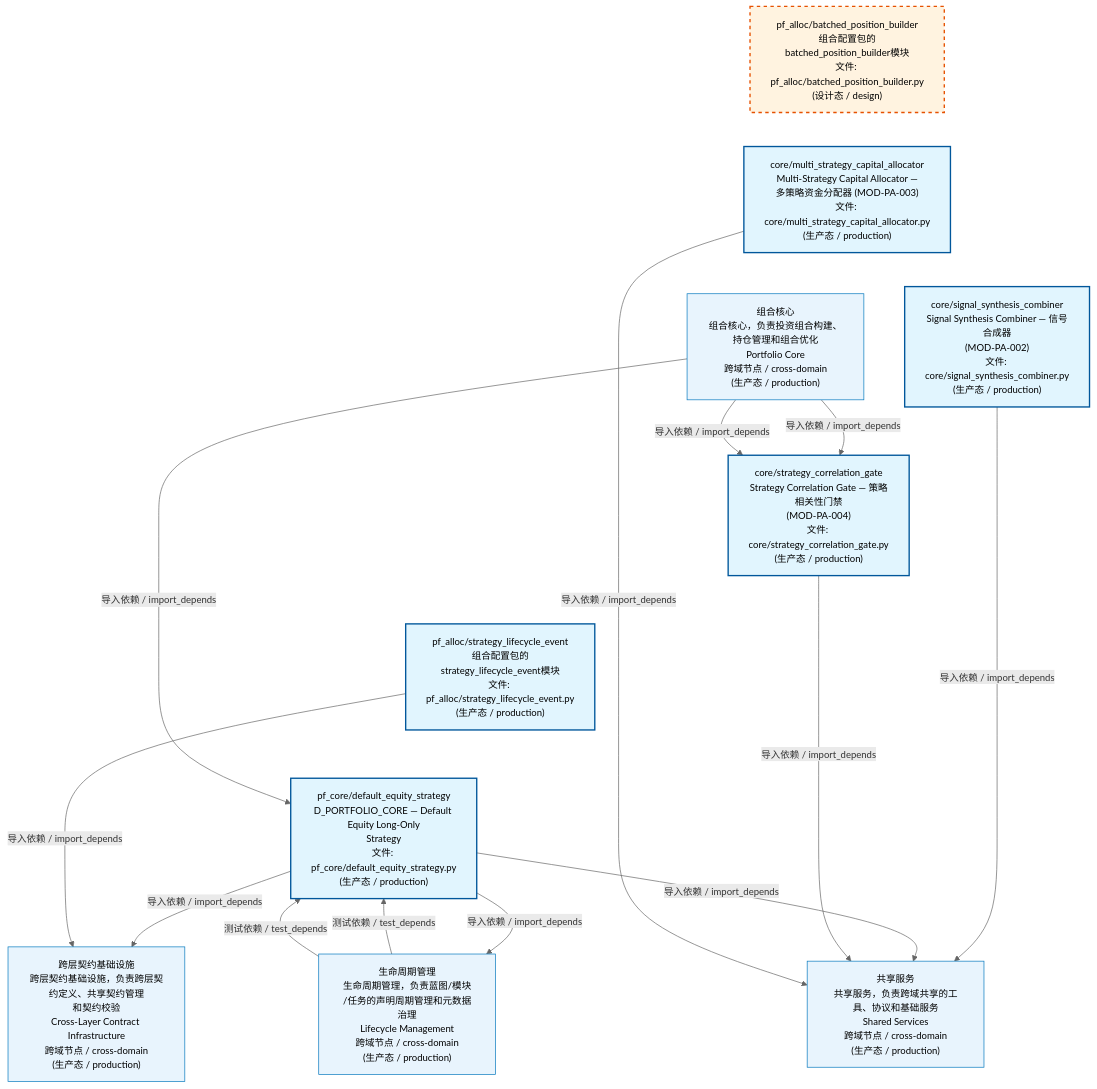
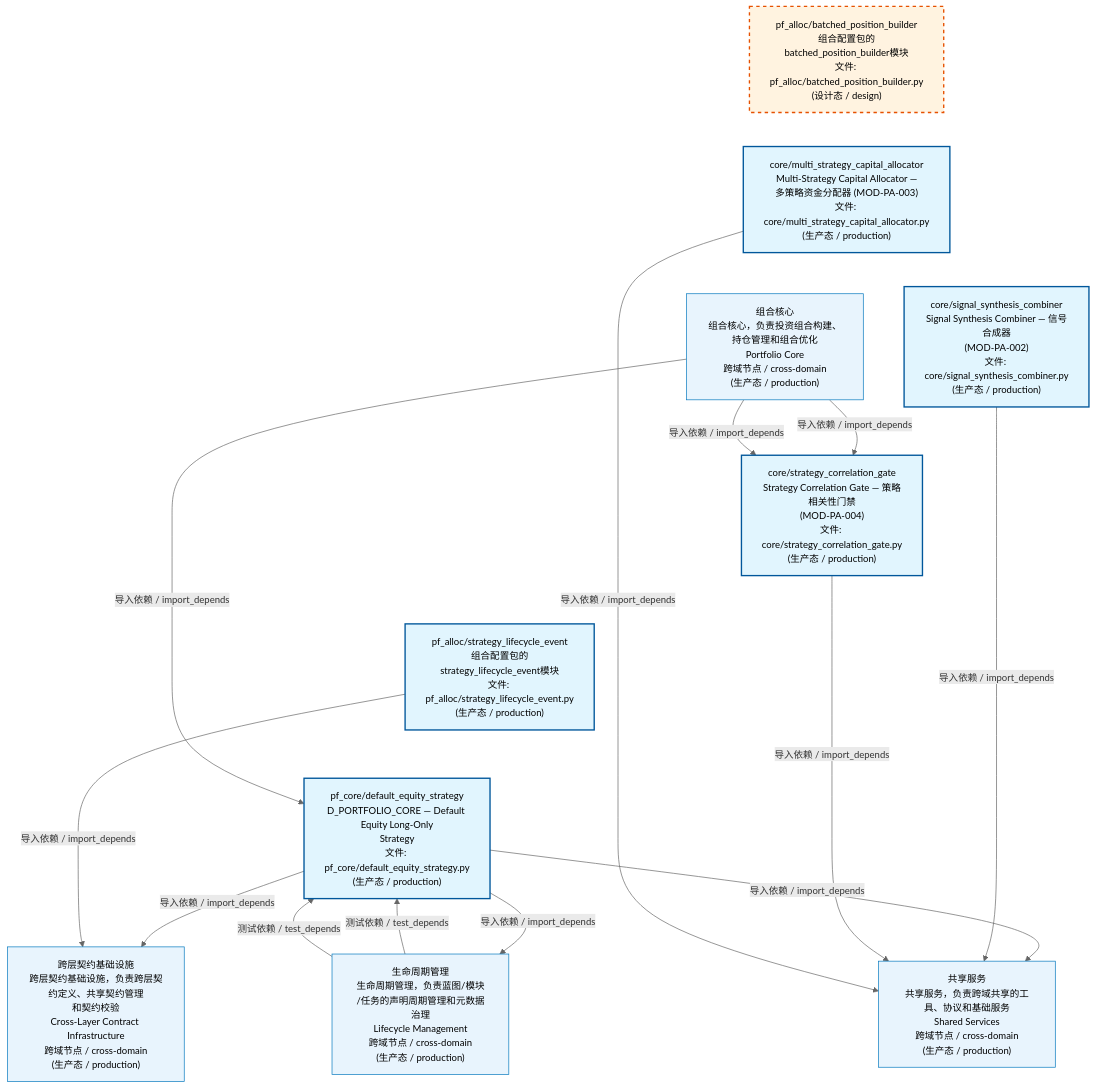
Before and after one commit to xuanFelixVan/ZephyrAlpha: the first of 4 diagrams in docs/02_enterprise_architecture/02_domain_architecture_docs/62_d_pf_alloc.md, drawn with Mermaid. The commit also changed 43 other files, not shown here.

````diff
--- a/docs/02_enterprise_architecture/02_domain_architecture_docs/62_d_pf_alloc.md
+++ b/docs/02_enterprise_architecture/02_domain_architecture_docs/62_d_pf_alloc.md
@@ -53,38 +53,38 @@
 ```mermaid
 %%{init: {'theme': 'base', 'themeVariables': {'primaryColor': '#eaeaea', 'primaryTextColor': '#333333', 'primaryBorderColor': '#666666', 'lineColor': '#666666', 'secondaryColor': '#eaeaea', 'tertiaryColor': '#eaeaea', 'fontSize': '14px'}}}%%
 flowchart TD
     src_zephyr_pf_alloc_batched_position_builder_py["pf_alloc/batched_position_builder<br/>组合配置包的batched_position_builder模块<br/>文件: pf_alloc/batched_position_builder.py<br/>(设计态 / design)"]
     src_zephyr_pf_alloc_core_multi_strategy_capital_allocator_py["core/multi_strategy_capital_allocator<br/>Multi-Strategy Capital Allocator —<br/>多策略资金分配器 (MOD-PA-003)<br/>文件: core/multi_strategy_capital_allocator.py<br/>(生产态 / production)"]
     src_zephyr_pf_alloc_core_signal_synthesis_combiner_py["core/signal_synthesis_combiner<br/>Signal Synthesis Combiner — 信号合成器<br/>(MOD-PA-002)<br/>文件: core/signal_synthesis_combiner.py<br/>(生产态 / production)"]
     src_zephyr_pf_alloc_core_strategy_correlation_gate_py["core/strategy_correlation_gate<br/>Strategy Correlation Gate — 策略相关性门禁<br/>(MOD-PA-004)<br/>文件: core/strategy_correlation_gate.py<br/>(生产态 / production)"]
     src_zephyr_pf_alloc_strategy_lifecycle_event_py["pf_alloc/strategy_lifecycle_event<br/>组合配置包的strategy_lifecycle_event模块<br/>文件: pf_alloc/strategy_lifecycle_event.py<br/>(生产态 / production)"]
     src_zephyr_pf_core_default_equity_strategy_py["pf_core/default_equity_strategy<br/>D_PORTFOLIO_CORE — Default Equity Long-Only<br/>Strategy<br/>文件: pf_core/default_equity_strategy.py<br/>(生产态 / production)"]
     src_zephyr_pf_alloc_batched_position_builder_py ~~~ src_zephyr_pf_alloc_core_multi_strategy_capital_allocator_py
     src_zephyr_pf_alloc_core_multi_strategy_capital_allocator_py ~~~ src_zephyr_pf_alloc_core_signal_synthesis_combiner_py
     src_zephyr_pf_alloc_core_signal_synthesis_combiner_py ~~~ src_zephyr_pf_alloc_core_strategy_correlation_gate_py
     src_zephyr_pf_alloc_core_strategy_correlation_gate_py ~~~ src_zephyr_pf_alloc_strategy_lifecycle_event_py
     src_zephyr_pf_alloc_strategy_lifecycle_event_py ~~~ src_zephyr_pf_core_default_equity_strategy_py
-    D_SHARED["共享服务<br/>共享服务，负责跨域共享的工具、协议和基础服务<br/>Shared Services<br/>跨域节点 / cross-domain<br/>(生产态 / production)"]
-    src_zephyr_pf_alloc_core_signal_synthesis_combiner_py -->|导入依赖 / import_depends| D_SHARED
     D_GOVERNANCE["生命周期管理<br/>生命周期管理，负责蓝图/模块<br/>/任务的声明周期管理和元数据治理<br/>Lifecycle Management<br/>跨域节点 / cross-domain<br/>(生产态 / production)"]
     src_zephyr_pf_core_default_equity_strategy_py -->|导入依赖 / import_depends| D_GOVERNANCE
+    D_SHARED["共享服务<br/>共享服务，负责跨域共享的工具、协议和基础服务<br/>Shared Services<br/>跨域节点 / cross-domain<br/>(生产态 / production)"]
     src_zephyr_pf_core_default_equity_strategy_py -->|导入依赖 / import_depends| D_SHARED
+    src_zephyr_pf_alloc_core_signal_synthesis_combiner_py -->|导入依赖 / import_depends| D_SHARED
     src_zephyr_pf_alloc_core_strategy_correlation_gate_py -->|导入依赖 / import_depends| D_SHARED
     src_zephyr_pf_alloc_core_multi_strategy_capital_allocator_py -->|导入依赖 / import_depends| D_SHARED
     D_INFRASTRUCTURE["跨层契约基础设施<br/>跨层契约基础设施，负责跨层契约定义、共享契约管理<br/>和契约校验<br/>Cross-Layer Contract Infrastructure<br/>跨域节点 / cross-domain<br/>(生产态 / production)"]
     src_zephyr_pf_core_default_equity_strategy_py -->|导入依赖 / import_depends| D_INFRASTRUCTURE
     src_zephyr_pf_alloc_strategy_lifecycle_event_py -->|导入依赖 / import_depends| D_INFRASTRUCTURE
     D_PF_CORE["组合核心<br/>组合核心，负责投资组合构建、持仓管理和组合优化<br/>Portfolio Core<br/>跨域节点 / cross-domain<br/>(生产态 / production)"]
     D_PF_CORE -->|导入依赖 / import_depends| src_zephyr_pf_alloc_core_strategy_correlation_gate_py
     D_PF_CORE -->|导入依赖 / import_depends| src_zephyr_pf_alloc_core_strategy_correlation_gate_py
     D_GOVERNANCE -->|测试依赖 / test_depends| src_zephyr_pf_core_default_equity_strategy_py
     D_GOVERNANCE -->|测试依赖 / test_depends| src_zephyr_pf_core_default_equity_strategy_py
     D_PF_CORE -->|导入依赖 / import_depends| src_zephyr_pf_core_default_equity_strategy_py
     classDef production fill:#e1f5fe,stroke:#01579b,stroke-width:2px,color:#000
     classDef design fill:#fff3e0,stroke:#e65100,stroke-width:2px,color:#000,stroke-dasharray: 5 5
     classDef external_prod fill:#e8f4fd,stroke:#0277bd,stroke-width:1px,color:#000
     classDef external_design fill:#fff8e7,stroke:#ef6c00,stroke-width:1px,color:#000,stroke-dasharray: 5 5
     class src_zephyr_pf_alloc_core_multi_strategy_capital_allocator_py,src_zephyr_pf_alloc_core_signal_synthesis_combiner_py,src_zephyr_pf_alloc_core_strategy_correlation_gate_py,src_zephyr_pf_alloc_strategy_lifecycle_event_py,src_zephyr_pf_core_default_equity_strategy_py production
     class src_zephyr_pf_alloc_batched_position_builder_py design
-    class D_SHARED,D_GOVERNANCE,D_INFRASTRUCTURE,D_PF_CORE external_prod
+    class D_GOVERNANCE,D_SHARED,D_INFRASTRUCTURE,D_PF_CORE external_prod
 ```
````
